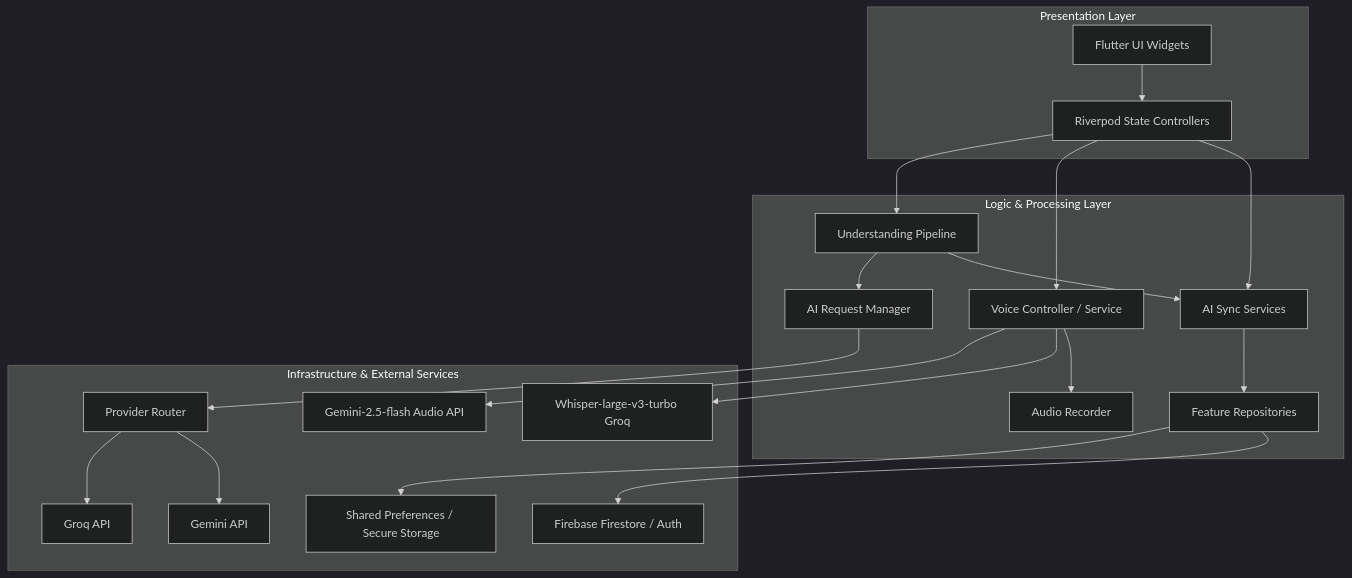
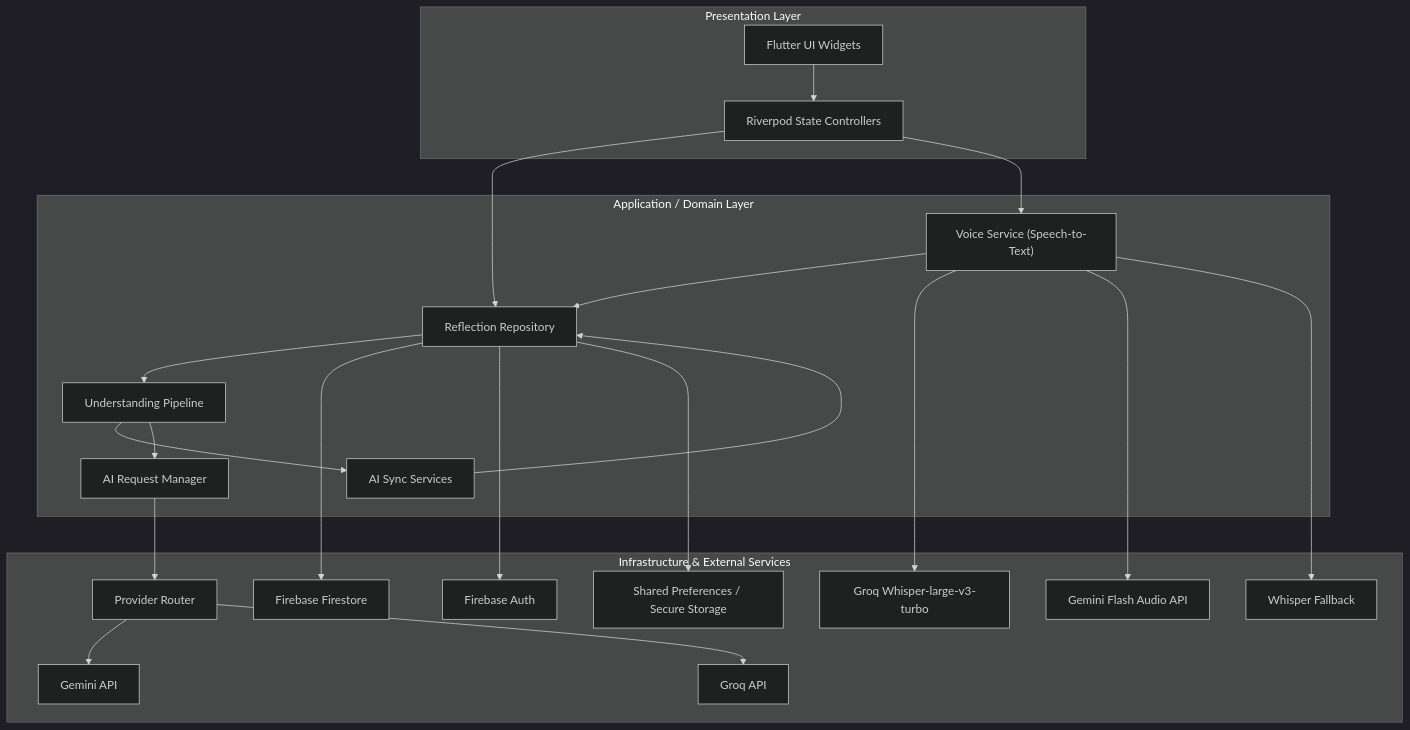
Before and after one commit to ShashiSingh8434/Orbit: the first of 2 diagrams in docs/architecture.md, drawn with Mermaid (dark theme). The commit also changed other lines of this file and 4 other files, not shown here.

Commit message:
feat: add global voice status notch UI and project architecture documentation

````diff
--- a/docs/architecture.md
+++ b/docs/architecture.md
@@ -11,30 +11,74 @@
 ```mermaid
 graph TD
-  subgraph Presentation Layer [Presentation Layer]
-    UI[Flutter UI Widgets] --> Controllers[Riverpod State Controllers]
-  end
 
-  subgraph Logic & Processing Layer [Logic & Processing Layer]
-    Controllers --> SyncServices[AI Sync Services]
-    SyncServices --> Repositories[Feature Repositories]
-    
-    Controllers --> VoiceController[Voice Controller / Service]
-    VoiceController --> AudioRecorder[Audio Recorder]
-    
-    Controllers --> Pipeline[Understanding Pipeline]
-    Pipeline --> SyncServices
-    Pipeline --> RequestManager[AI Request Manager]
-  end
+%% ==========================
+%% Presentation Layer
+%% ==========================
+subgraph Presentation["Presentation Layer"]
+    UI["Flutter UI Widgets"]
+    Controllers["Riverpod State Controllers"]
 
-  subgraph Infrastructure & External Services [Infrastructure & External Services]
-    RequestManager --> ProviderRouter[Provider Router]
-    ProviderRouter --> GeminiAPI[Gemini API]
-    ProviderRouter --> GroqAPI[Groq API]
-    
-    VoiceController --> WhisperGroq[Whisper-large-v3-turbo Groq]
-    VoiceController --> GeminiAudio[Gemini-2.5-flash Audio API]
-    
-    Repositories --> Firebase[Firebase Firestore / Auth]
-    Repositories --> Cache[Shared Preferences / Secure Storage]
-  end
+    UI --> Controllers
+end
+
+%% ==========================
+%% Application / Domain Layer
+%% ==========================
+subgraph Application["Application / Domain Layer"]
+
+    Repo["Reflection Repository"]
+
+    Pipeline["Understanding Pipeline"]
+
+    Sync["AI Sync Services"]
+
+    ARM["AI Request Manager"]
+
+    Voice["Voice Service (Speech-to-Text)"]
+
+    Controllers --> Repo
+    Controllers --> Voice
+
+    Voice --> Repo
+
+    Repo --> Pipeline
+
+    Pipeline --> Sync
+    Pipeline --> ARM
+
+    Sync --> Repo
+end
+
+%% ==========================
+%% Infrastructure Layer
+%% ==========================
+subgraph Infrastructure["Infrastructure & External Services"]
+
+    Router["Provider Router"]
+
+    Gemini["Gemini API"]
+    Groq["Groq API"]
+
+    WhisperGroq["Groq Whisper-large-v3-turbo"]
+    GeminiAudio["Gemini Flash Audio API"]
+    WhisperLocal["Whisper Fallback"]
+
+    Firestore["Firebase Firestore"]
+    Auth["Firebase Auth"]
+
+    Cache["Shared Preferences / Secure Storage"]
+
+    ARM --> Router
+
+    Router --> Gemini
+    Router --> Groq
+
+    Voice --> WhisperGroq
+    Voice --> GeminiAudio
+    Voice --> WhisperLocal
+
+    Repo --> Firestore
+    Repo --> Auth
+    Repo --> Cache
+end
 ```
````
